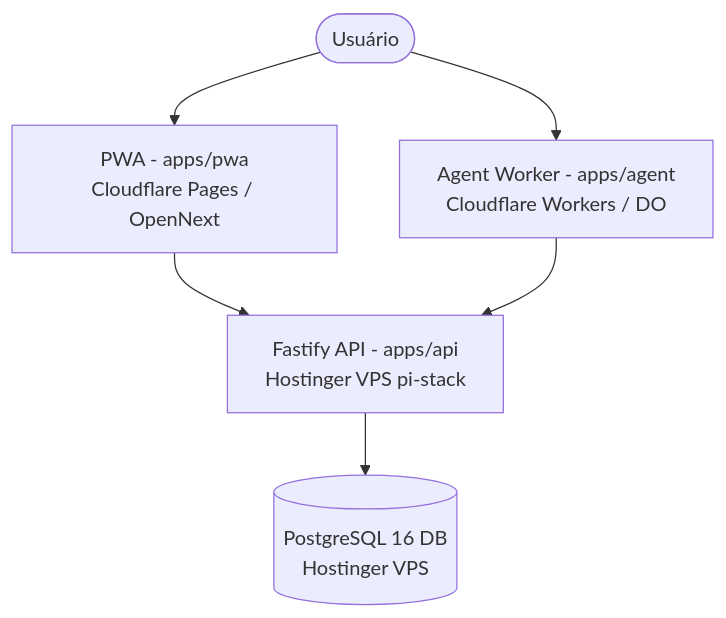
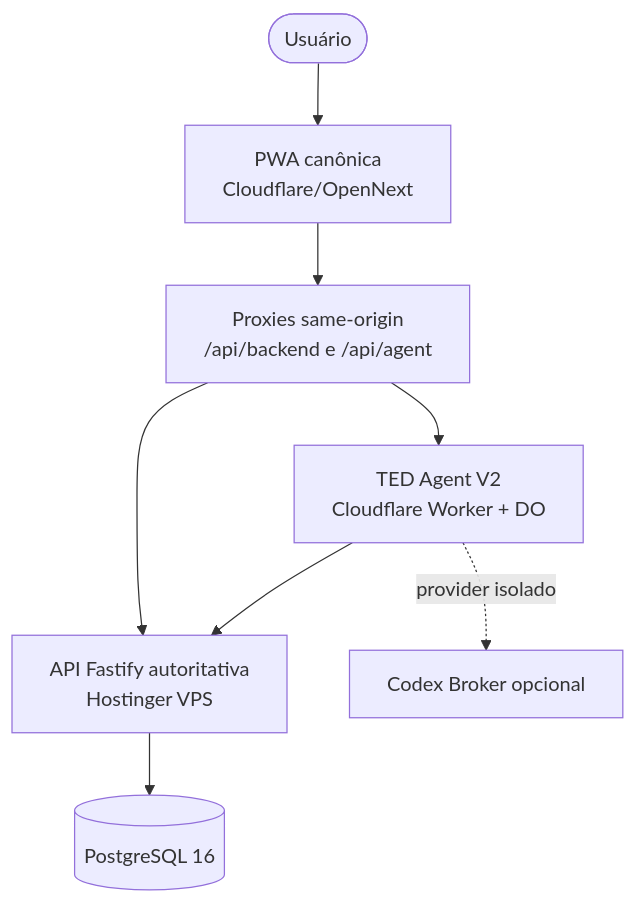
The diagram in docs/ARCHITECTURE-CURRENT.md (Kusts/meu-ted), drawn with Mermaid before and after one commit. The commit also changed other lines of this file and 200 other files, not shown here.

First line of the commit message:
feat: TED Agent V2 consolidation - single orchestrator, authoritative pending operations, security hardening

````diff
--- a/docs/ARCHITECTURE-CURRENT.md
+++ b/docs/ARCHITECTURE-CURRENT.md
@@ -10,8 +8,10 @@
 ```mermaid
 graph TD
-    User([Usuário]) --> PWA[PWA - apps/pwa<br/>Cloudflare Pages / OpenNext]
-    User --> Agent[Agent Worker - apps/agent<br/>Cloudflare Workers / DO]
-    PWA --> API[Fastify API - apps/api<br/>Hostinger VPS pi-stack]
+    User([Usuário]) --> PWA[PWA canônica<br/>Cloudflare/OpenNext]
+    PWA --> Proxy[Proxies same-origin<br/>/api/backend e /api/agent]
+    Proxy --> API[API Fastify autoritativa<br/>Hostinger VPS]
+    Proxy --> Agent[TED Agent V2<br/>Cloudflare Worker + DO]
     Agent --> API
-    API --> Postgres[(PostgreSQL 16 DB<br/>Hostinger VPS)]
+    Agent -. provider isolado .-> Broker[Codex Broker opcional]
+    API --> Postgres[(PostgreSQL 16)]
 ```
````
